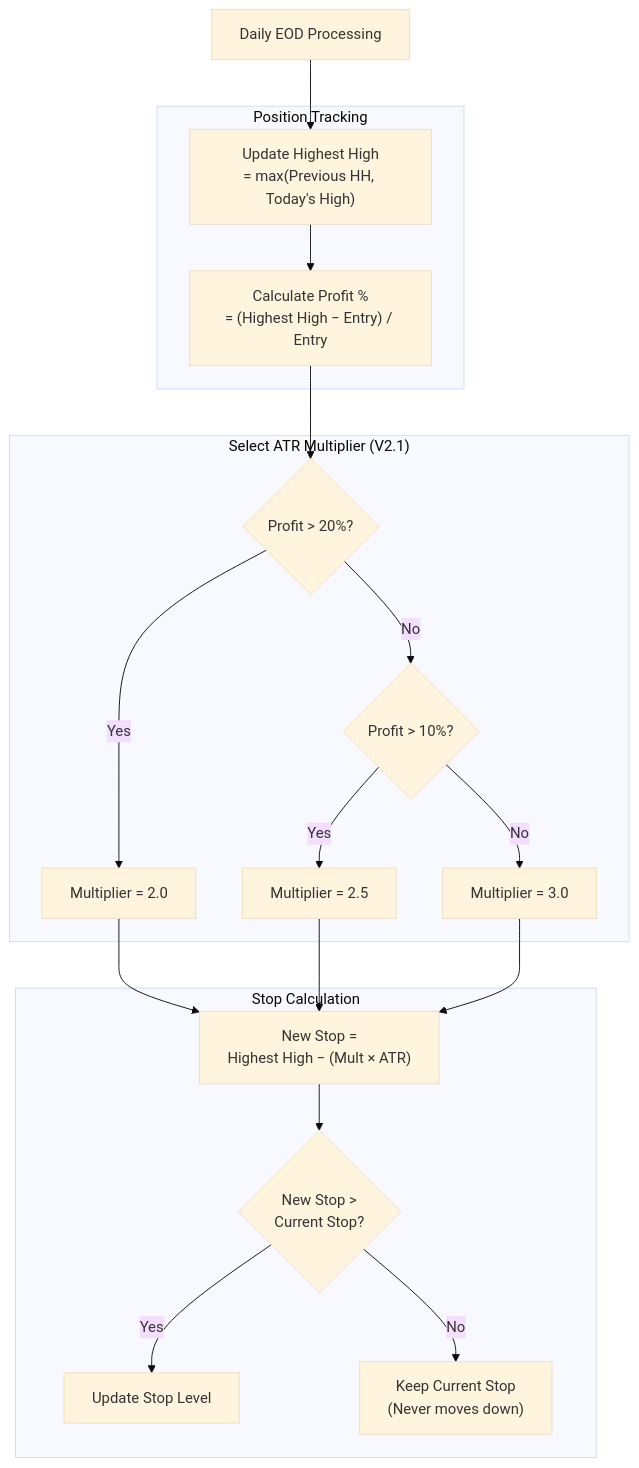
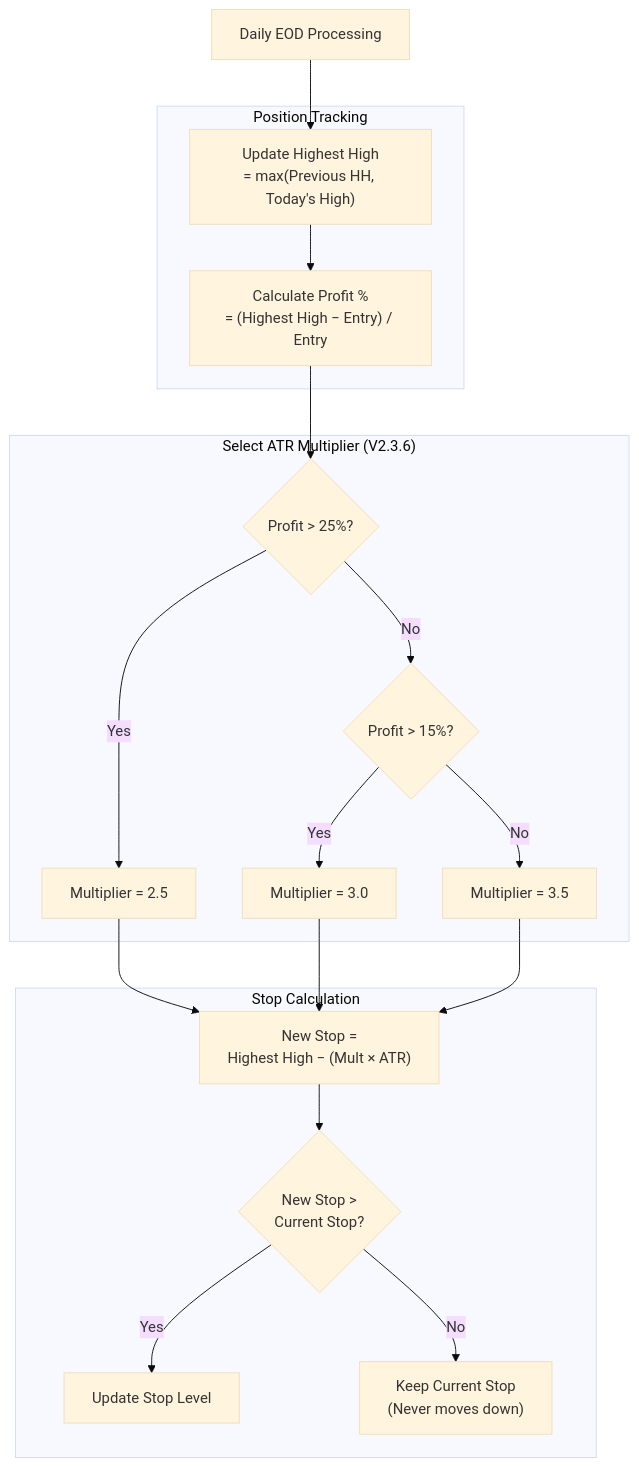
Before and after one commit to vickdavinci/alpha-nextgen-v2-private: the second of 2 diagrams in docs/system/07-trend-engine.md, drawn with Mermaid (base theme). The commit also changed other lines of this file and 3 other files, not shown here.

````diff
--- a/docs/system/07-trend-engine.md
+++ b/docs/system/07-trend-engine.md
@@ -520,41 +603,41 @@
 ```mermaid
 flowchart TD
     START["Daily EOD Processing"]
 
     subgraph TRACKING["Position Tracking"]
         HH["Update Highest High<br/>= max(Previous HH, Today's High)"]
         PROFIT["Calculate Profit %<br/>= (Highest High − Entry) / Entry"]
     end
 
-    subgraph MULTIPLIER["Select ATR Multiplier (V2.1)"]
-        M1{"Profit > 20%?"}
-        M2{"Profit > 10%?"}
-        MULT_20["Multiplier = 2.0"]
+    subgraph MULTIPLIER["Select ATR Multiplier (V2.3.6)"]
+        M1{"Profit > 25%?"}
+        M2{"Profit > 15%?"}
         MULT_25["Multiplier = 2.5"]
         MULT_30["Multiplier = 3.0"]
+        MULT_35["Multiplier = 3.5"]
     end
 
     subgraph STOP_CALC["Stop Calculation"]
         CALC["New Stop =<br/>Highest High − (Mult × ATR)"]
         COMPARE{"New Stop ><br/>Current Stop?"}
         UPDATE["Update Stop Level"]
         KEEP["Keep Current Stop<br/>(Never moves down)"]
     end
 
     START --> HH
     HH --> PROFIT
     PROFIT --> M1
 
-    M1 -->|Yes| MULT_20
+    M1 -->|Yes| MULT_25
     M1 -->|No| M2
-    M2 -->|Yes| MULT_25
-    M2 -->|No| MULT_30
+    M2 -->|Yes| MULT_30
+    M2 -->|No| MULT_35
 
-    MULT_20 --> CALC
     MULT_25 --> CALC
     MULT_30 --> CALC
+    MULT_35 --> CALC
 
     CALC --> COMPARE
     COMPARE -->|Yes| UPDATE
     COMPARE -->|No| KEEP
 ```
````
